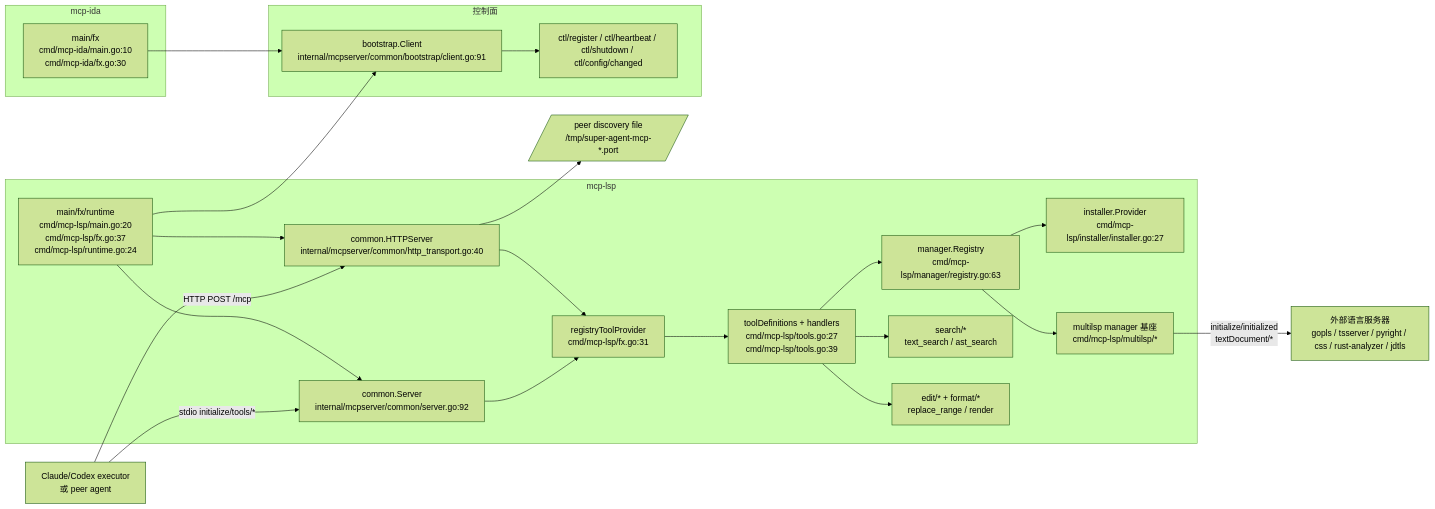
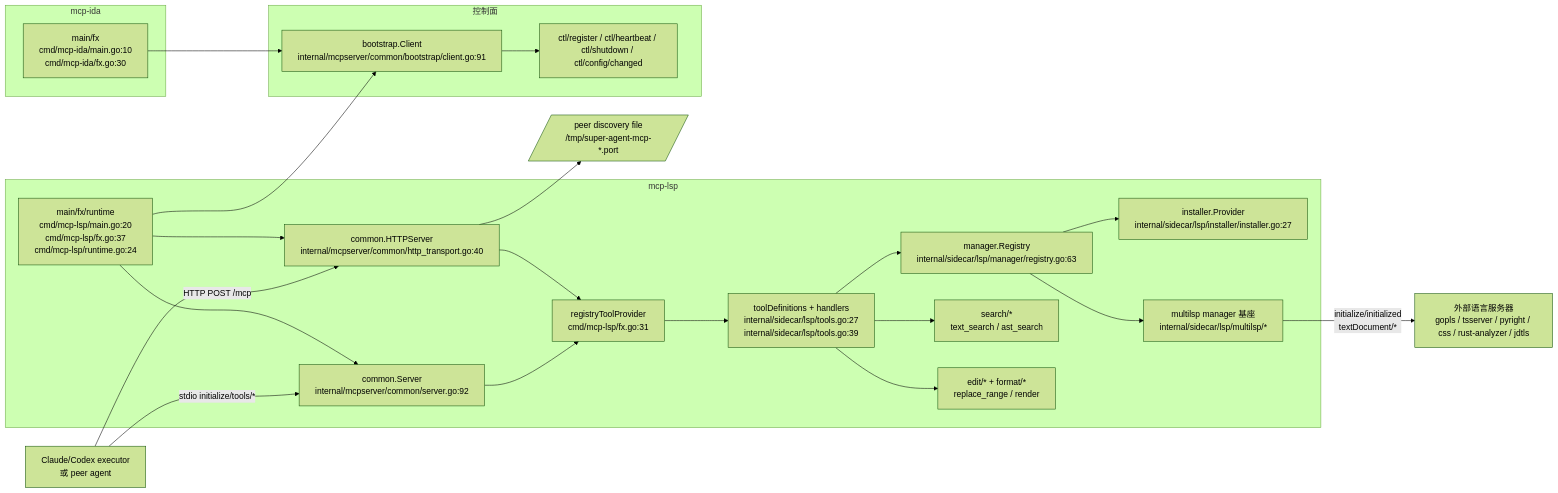
The first of 4 diagrams in docs/doc/codemap/03-mcp-lsp-ida.md (lihah111222333-cloud/Super-Dolphin-Agent-Cockpit), drawn with Mermaid (forest theme) before and after one commit. The commit also changed other lines of this file and 1439 other files, not shown here.

````diff
--- a/docs/doc/codemap/03-mcp-lsp-ida.md
+++ b/docs/doc/codemap/03-mcp-lsp-ida.md
@@ -24,43 +24,43 @@
 ```mermaid
 flowchart LR
     Client[Claude/Codex executor\n或 peer agent]
     subgraph LSP[mcp-lsp]
         Main[main/fx/runtime\ncmd/mcp-lsp/main.go:20\ncmd/mcp-lsp/fx.go:37\ncmd/mcp-lsp/runtime.go:24]
         Stdio[common.Server\ninternal/mcpserver/common/server.go:92]
         HTTP[common.HTTPServer\ninternal/mcpserver/common/http_transport.go:40]
         Provider[registryToolProvider\ncmd/mcp-lsp/fx.go:31]
-        Tools[toolDefinitions + handlers\ncmd/mcp-lsp/tools.go:27\ncmd/mcp-lsp/tools.go:39]
-        Registry[manager.Registry\ncmd/mcp-lsp/manager/registry.go:63]
+        Tools[toolDefinitions + handlers\ninternal/sidecar/lsp/tools.go:27\ninternal/sidecar/lsp/tools.go:39]
+        Registry[manager.Registry\ninternal/sidecar/lsp/manager/registry.go:63]
         Search[search/*\ntext_search / ast_search]
         Edit[edit/* + format/*\nreplace_range / render]
-        Installer[installer.Provider\ncmd/mcp-lsp/installer/installer.go:27]
-        LSPMgr[multilsp manager 基座\ncmd/mcp-lsp/multilsp/*]
+        Installer[installer.Provider\ninternal/sidecar/lsp/installer/installer.go:27]
+        LSPMgr[multilsp manager 基座\ninternal/sidecar/lsp/multilsp/*]
     end
     subgraph IDA[mcp-ida]
         IDAMain[main/fx\ncmd/mcp-ida/main.go:10\ncmd/mcp-ida/fx.go:30]
     end
     subgraph CP[控制面]
         Bootstrap[bootstrap.Client\ninternal/mcpserver/common/bootstrap/client.go:91]
         RPC[ctl/register / ctl/heartbeat / ctl/shutdown / ctl/config/changed]
     end
     Lang[外部语言服务器\ngopls / tsserver / pyright / css / rust-analyzer / jdtls]
     Discovery[/peer discovery file\n/tmp/super-agent-mcp-*.port/]
 
     Client -->|stdio initialize/tools/*| Stdio
     Client -->|HTTP POST /mcp| HTTP
     Main --> Stdio
     Main --> HTTP
     Stdio --> Provider
     HTTP --> Provider
     Provider --> Tools
     Tools --> Registry
     Tools --> Search
     Tools --> Edit
     Registry --> Installer
     Registry --> LSPMgr
     LSPMgr -->|initialize/initialized\ntextDocument/*| Lang
     Main --> Bootstrap
     IDAMain --> Bootstrap
     Bootstrap --> RPC
     HTTP --> Discovery
 ```
````
